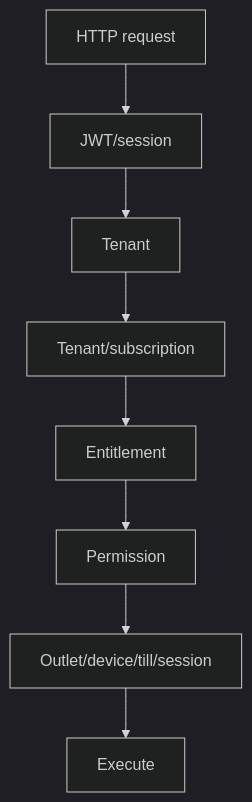
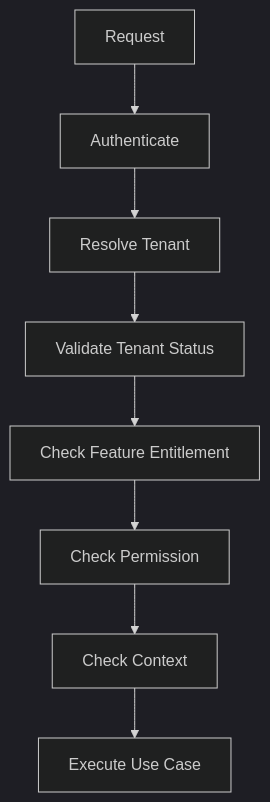
One commit to unicomproject/Pos-system-Knowledge changed the diagram in 02_ACCESS_CONTROL/API_Authorization_Rules.md. Above: the diagram before and after it, drawn with Mermaid (dark theme). The commit also changed other lines of this file and 430 other files, not shown here.

````diff
--- a/02_ACCESS_CONTROL/API_Authorization_Rules.md
+++ b/02_ACCESS_CONTROL/API_Authorization_Rules.md
@@ -24,10 +24,10 @@
 ```mermaid
 flowchart TD
-    A[HTTP request] --> B[JWT/session]
-    B --> C[Tenant]
-    C --> D[Tenant/subscription]
-    D --> E[Entitlement]
-    E --> F[Permission]
-    F --> G[Outlet/device/till/session]
-    G --> H[Execute]
+    A[Request] --> B[Authenticate]
+    B --> C[Resolve Tenant]
+    C --> D[Validate Tenant Status]
+    D --> E[Check Feature Entitlement]
+    E --> F[Check Permission]
+    F --> G[Check Context]
+    G --> H[Execute Use Case]
 ```
````
